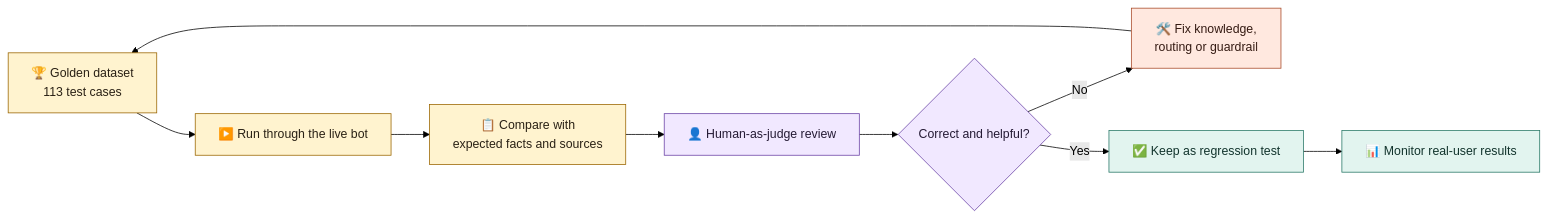
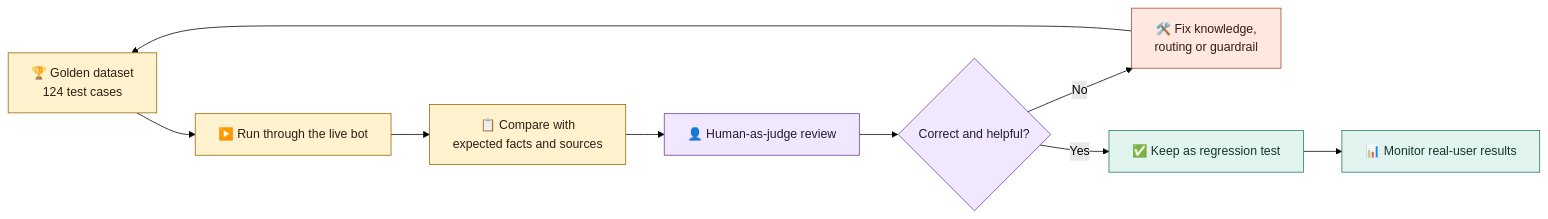
The second of 2 diagrams in README.md (robona-pk/portfolio), drawn with Mermaid (forest theme) before and after one commit. The commit also changed other lines of this file and 5 other files, not shown here.

````diff
--- a/README.md
+++ b/README.md
@@ -170,21 +176,21 @@
 ```mermaid
 flowchart LR
-    A["🏆 Golden dataset<br/>113 test cases"] --> B["▶️ Run through the live bot"]
+    A["🏆 Golden dataset<br/>124 test cases"] --> B["▶️ Run through the live bot"]
     B --> C["📋 Compare with<br/>expected facts and sources"]
     C --> D["👤 Human-as-judge review"]
     D --> E{"Correct and helpful?"}
     E -- "No" --> F["🛠️ Fix knowledge,<br/>routing or guardrail"]
     F --> A
     E -- "Yes" --> G["✅ Keep as regression test"]
     G --> H["📊 Monitor real-user results"]
 
     classDef test fill:#fff3cf,stroke:#9a6500,color:#2a2115;
     classDef review fill:#f1e8ff,stroke:#6941a5,color:#251b35;
     classDef improve fill:#ffe8df,stroke:#a84a28,color:#351b13;
     classDef pass fill:#e2f4ef,stroke:#277766,color:#12342d;
 
     class A,B,C test;
     class D,E review;
     class F improve;
     class G,H pass;
 ```
````
